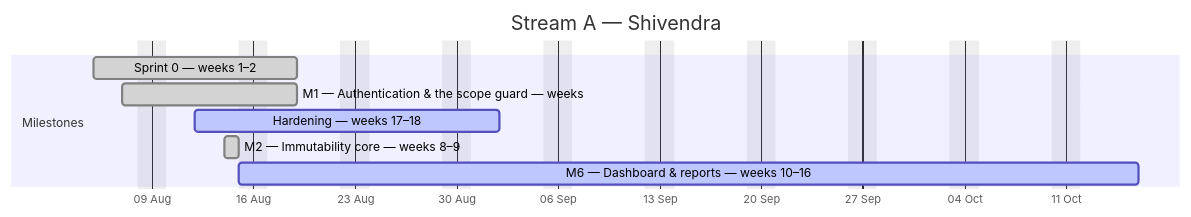
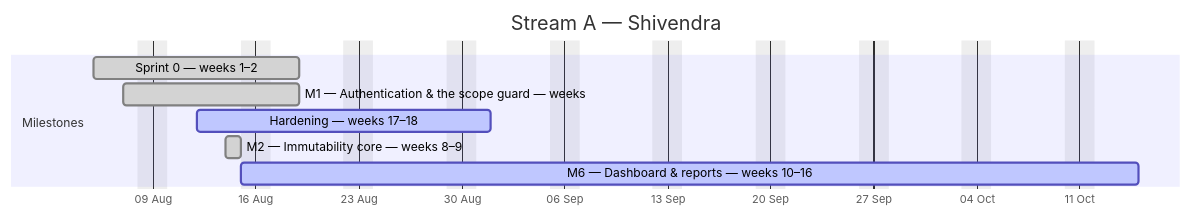
Before and after one commit to debashisedunext/EduTrack: the first of 4 diagrams in docs/plan/GANTT.md, drawn with Mermaid. The commit also changed other lines of this file and 3 other files, not shown here.

````diff
--- a/docs/plan/GANTT.md
+++ b/docs/plan/GANTT.md
@@ -111,13 +109,13 @@
 ```mermaid
 gantt
     dateFormat YYYY-MM-DD
     axisFormat %d %b
     title Stream A — Shivendra
     excludes weekends
     section Milestones
     Sprint 0 — weeks 1–2 :done, a0, 2026-08-05, 10d
     M1 — Authentication & the scope guard — weeks :done, a1, 2026-08-07, 8d
-    Hardening — weeks 17–18 :active, a2, 2026-08-12, 15d
+    Hardening — weeks 17–18 :active, a2, 2026-08-12, 14d
     M2 — Immutability core — weeks 8–9 :done, a3, 2026-08-14, 1d
-    M6 — Dashboard & reports — weeks 10–16 :active, a4, 2026-08-15, 45d
+    M6 — Dashboard & reports — weeks 10–16 :active, a4, 2026-08-15, 44d
 ```
````
